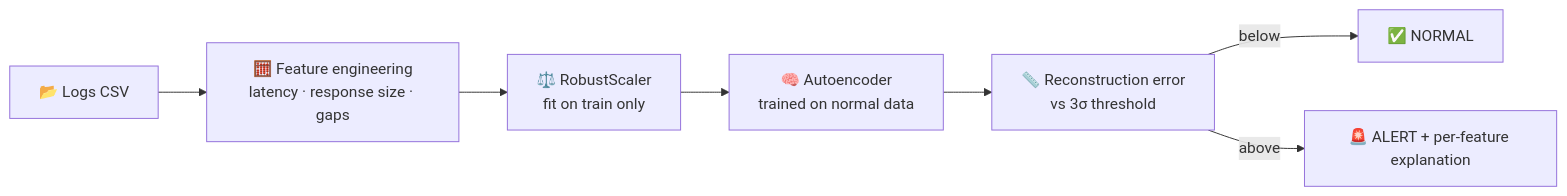
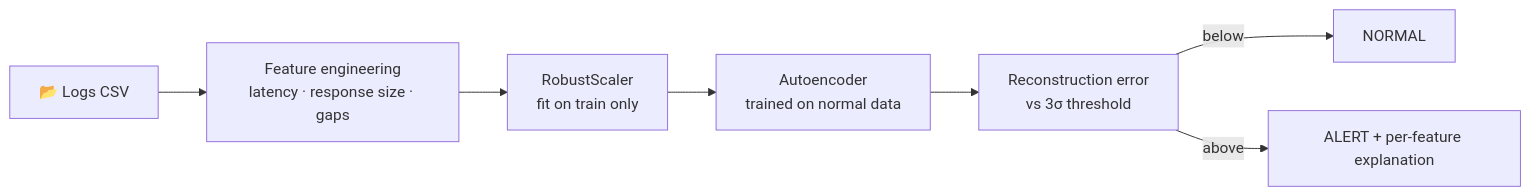
One commit to Geethika2204/Aveon changed the diagram in README.md. Above: the diagram before and after it, drawn with Mermaid.

````diff
--- a/README.md
+++ b/README.md
@@ -22,9 +22,9 @@
 ```mermaid
 flowchart LR
-    A[📂 Logs CSV] --> B[🧮 Feature engineering<br/>latency · response size · gaps]
-    B --> C[⚖️ RobustScaler<br/>fit on train only]
-    C --> D[🧠 Autoencoder<br/>trained on normal data]
-    D --> E[📏 Reconstruction error<br/>vs 3σ threshold]
-    E -->|below| F[✅ NORMAL]
-    E -->|above| G[🚨 ALERT + per-feature explanation]
+    A[📂 Logs CSV] --> B[Feature engineering<br/>latency · response size · gaps]
+    B --> C[RobustScaler<br/>fit on train only]
+    C --> D[Autoencoder<br/>trained on normal data]
+    D --> E[Reconstruction error<br/>vs 3σ threshold]
+    E -->|below| F[NORMAL]
+    E -->|above| G[ALERT + per-feature explanation]
 ```
````
